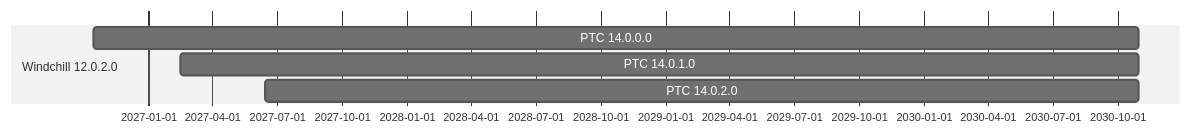
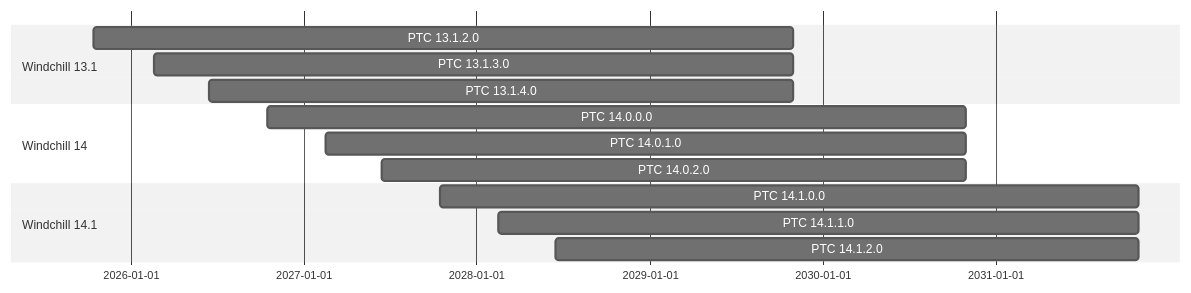
One commit to kendid/text-tests changed the seventh of 7 diagrams in README.md. Above: the diagram before and after it, drawn with Mermaid (neutral theme).

Commit message:
Update Gantt

````diff
--- a/README.md
+++ b/README.md
@@ -146,9 +146,19 @@
 ```mermaid
 gantt
     dateFormat YYYY-MM-DD
 
-section Windchill 12.0.2.0
+section Windchill 13.1
+    PTC 13.1.2.0 : 2025-10-13, 2029-10-31
+    PTC 13.1.3.0 : 2026-02-17, 2029-10-31
+    PTC 13.1.4.0 : 2026-06-15, 2029-10-31
+
+section Windchill 14
     PTC 14.0.0.0 : 2026-10-15, 2030-10-31
     PTC 14.0.1.0 : 2027-02-15, 2030-10-31
     PTC 14.0.2.0 : 2027-06-15, 2030-10-31
+
+section Windchill 14.1
+    PTC 14.1.0.0 : 2027-10-15, 2031-10-31
+    PTC 14.1.1.0 : 2028-02-15, 2031-10-31
+    PTC 14.1.2.0 : 2028-06-15, 2031-10-31
 ```
````
